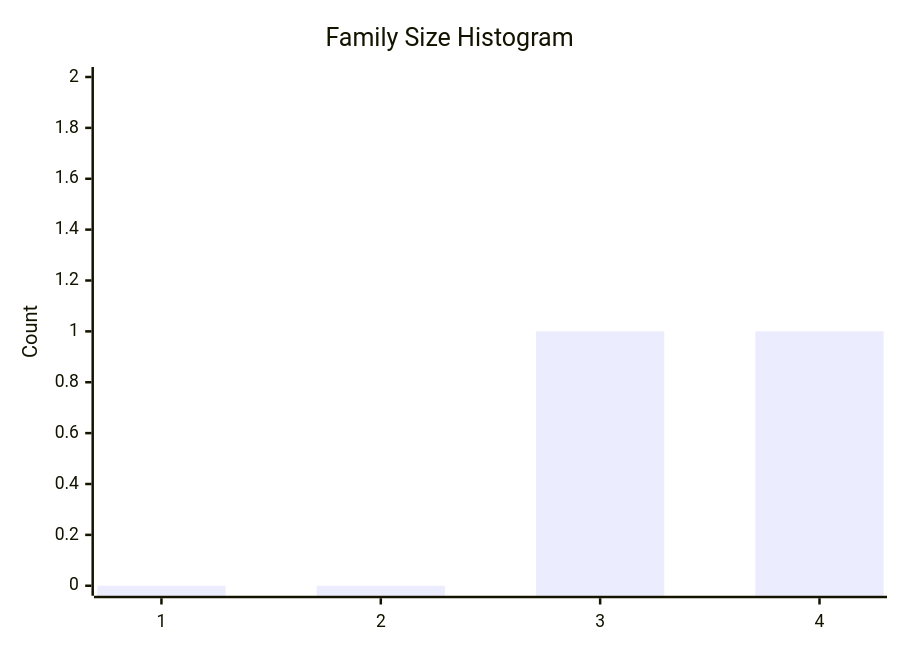
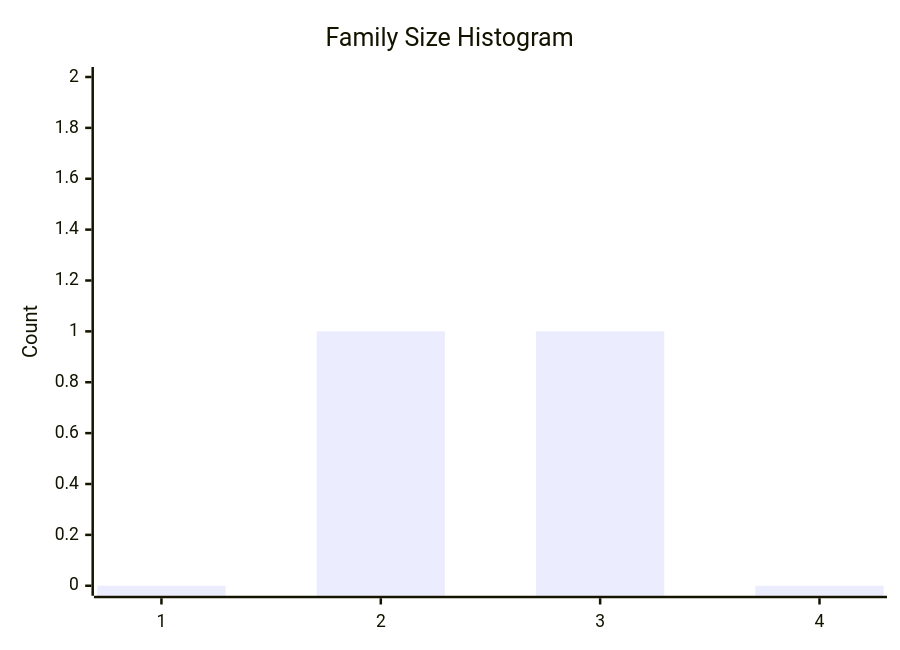
Before and after one commit to dhagan-va/intern-2025: the fifth of 10 diagrams in test-tools/DataGen/src/Statistics_Visualizer.md, drawn with Mermaid. The commit also changed other lines of this file and 5 other files, not shown here.

````diff
--- a/test-tools/DataGen/src/Statistics_Visualizer.md
+++ b/test-tools/DataGen/src/Statistics_Visualizer.md
@@ -57,7 +58,7 @@
 ```mermaid
 xychart-beta
     title "Family Size Histogram"
     x-axis ["1", "2", "3", "4"]
     y-axis "Count" 0 --> 2
-    bar [0, 0, 1, 1]
+    bar [0, 1, 1, 0]
 ```
````
